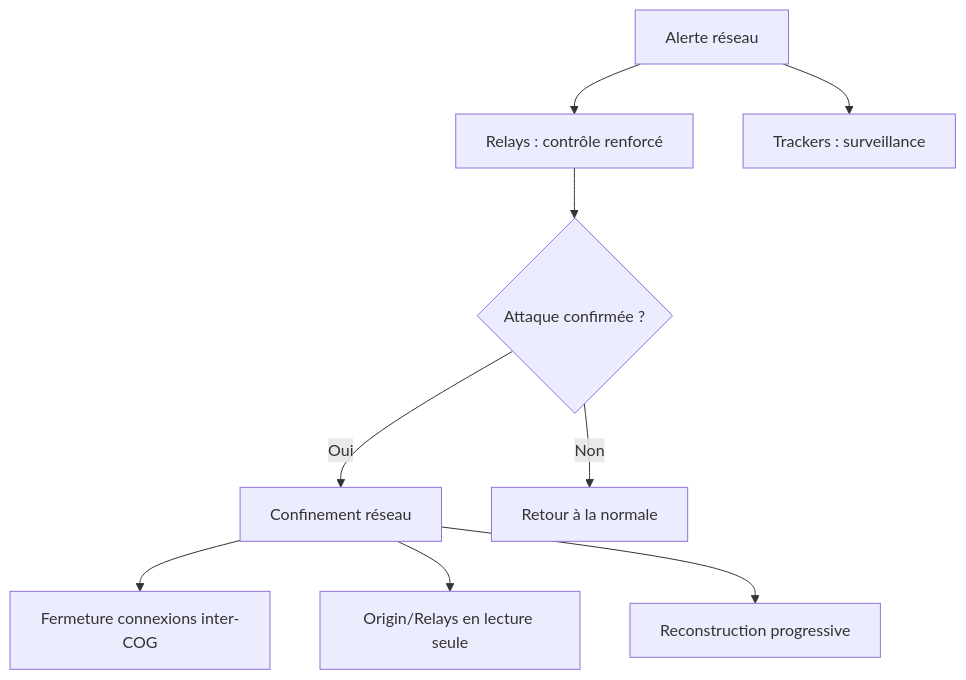
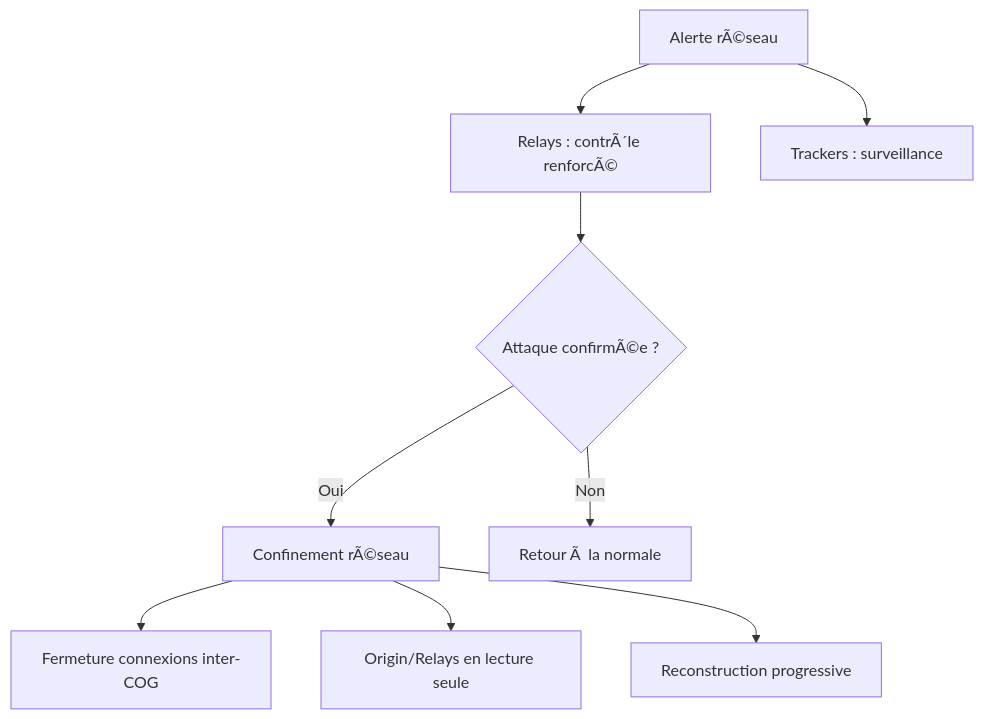
Before and after one commit to StudioMiyukini/miyukini_cog: the fourth of 5 diagrams in docs/miyukini-webway-system/securite/MWS - Quarantaine et Blacklist.md, drawn with Mermaid. The commit also changed other lines of this file and 1287 other files, not shown here.

````diff
--- a/docs/miyukini-webway-system/securite/MWS - Quarantaine et Blacklist.md
+++ b/docs/miyukini-webway-system/securite/MWS - Quarantaine et Blacklist.md
@@ -203,11 +203,11 @@
 ```mermaid
 flowchart TB
-    A[Alerte réseau] --> B[Relays : contrôle renforcé]
+    A[Alerte rÃ©seau] --> B[Relays : contrÃ´le renforcÃ©]
     A --> C[Trackers : surveillance]
-    B --> D{Attaque confirmée ?}
-    D -->|Oui| E[Confinement réseau]
-    D -->|Non| F[Retour à la normale]
+    B --> D{Attaque confirmÃ©e ?}
+    D -->|Oui| E[Confinement rÃ©seau]
+    D -->|Non| F[Retour Ã  la normale]
     E --> G[Fermeture connexions inter-COG]
     E --> H[Origin/Relays en lecture seule]
     E --> I[Reconstruction progressive]
 ```
````
